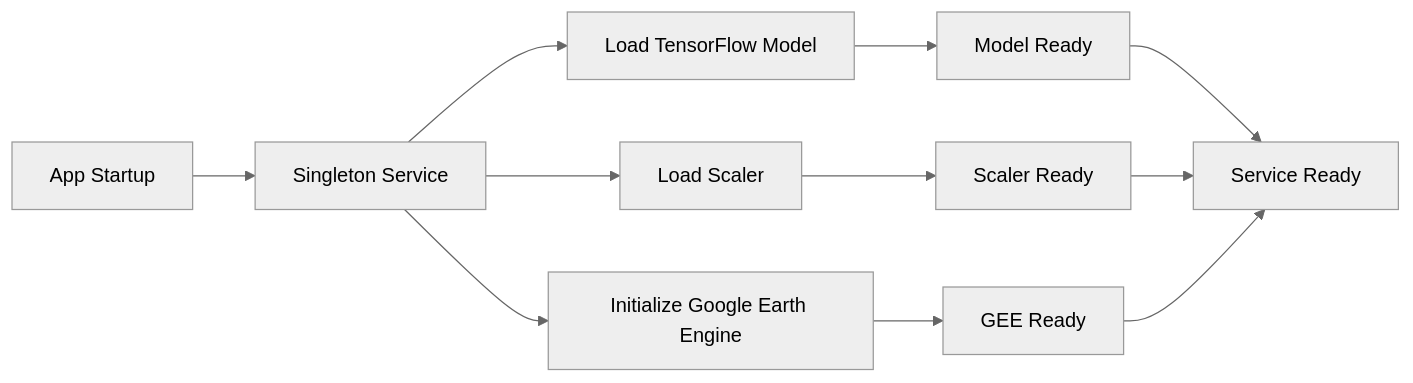
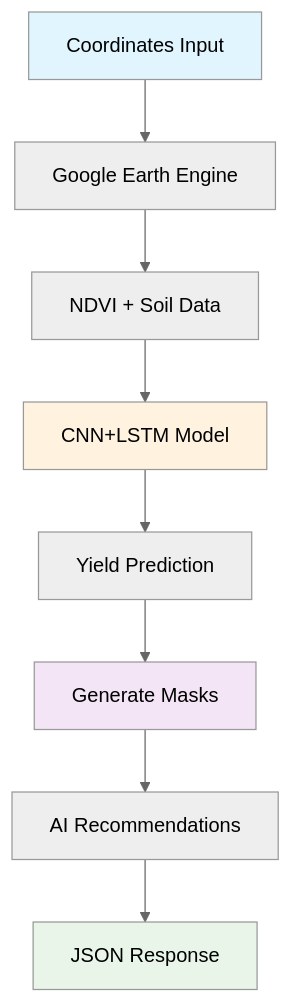
One commit to Pratham2703005/AgriPlatform changed the diagram in GENERATE_HEATMAP.md. Above: the diagram before and after it, drawn with Mermaid (neutral theme). The commit also changed other lines of this file and 5 other files, not shown here.

````diff
--- a/GENERATE_HEATMAP.md
+++ b/GENERATE_HEATMAP.md
@@ -117,15 +28,15 @@
 ```mermaid
-graph LR
-    A[App Startup] --> B[Singleton Service]
-    B --> C[Load TensorFlow Model]
-    B --> D[Load Scaler]
-    B --> E[Initialize Google Earth Engine]
+graph TD
+    A[Coordinates Input] --> B[Google Earth Engine]
+    B --> C[NDVI + Soil Data]
+    C --> D[CNN+LSTM Model]
+    D --> E[Yield Prediction]
+    E --> F[Generate Masks]
+    F --> G[AI Recommendations]
+    G --> H[JSON Response]
     
-    C --> F[Model Ready]
-    D --> G[Scaler Ready]
-    E --> H[GEE Ready]
-    
-    F --> I[Service Ready]
-    G --> I
-    H --> I
+    style A fill:#e1f5fe
+    style D fill:#fff3e0
+    style F fill:#f3e5f5
+    style H fill:#e8f5e8
 ```
````
